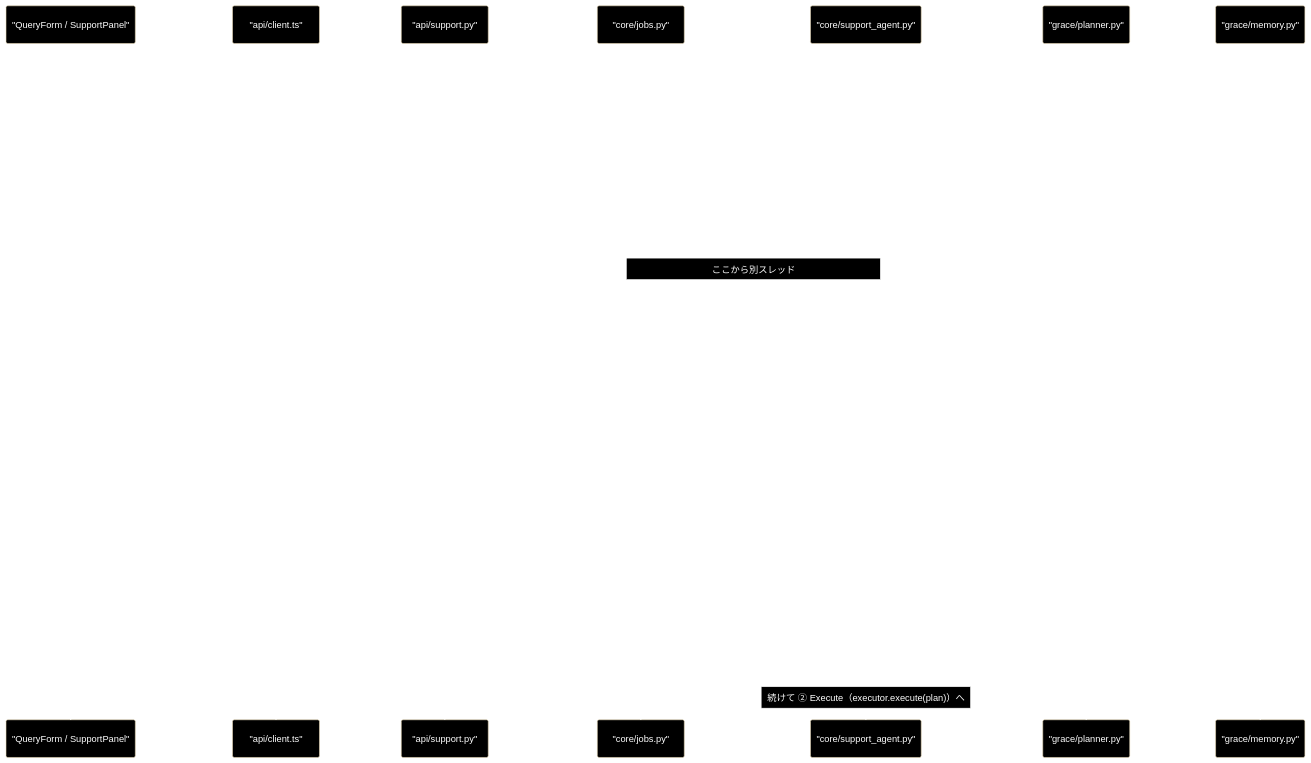
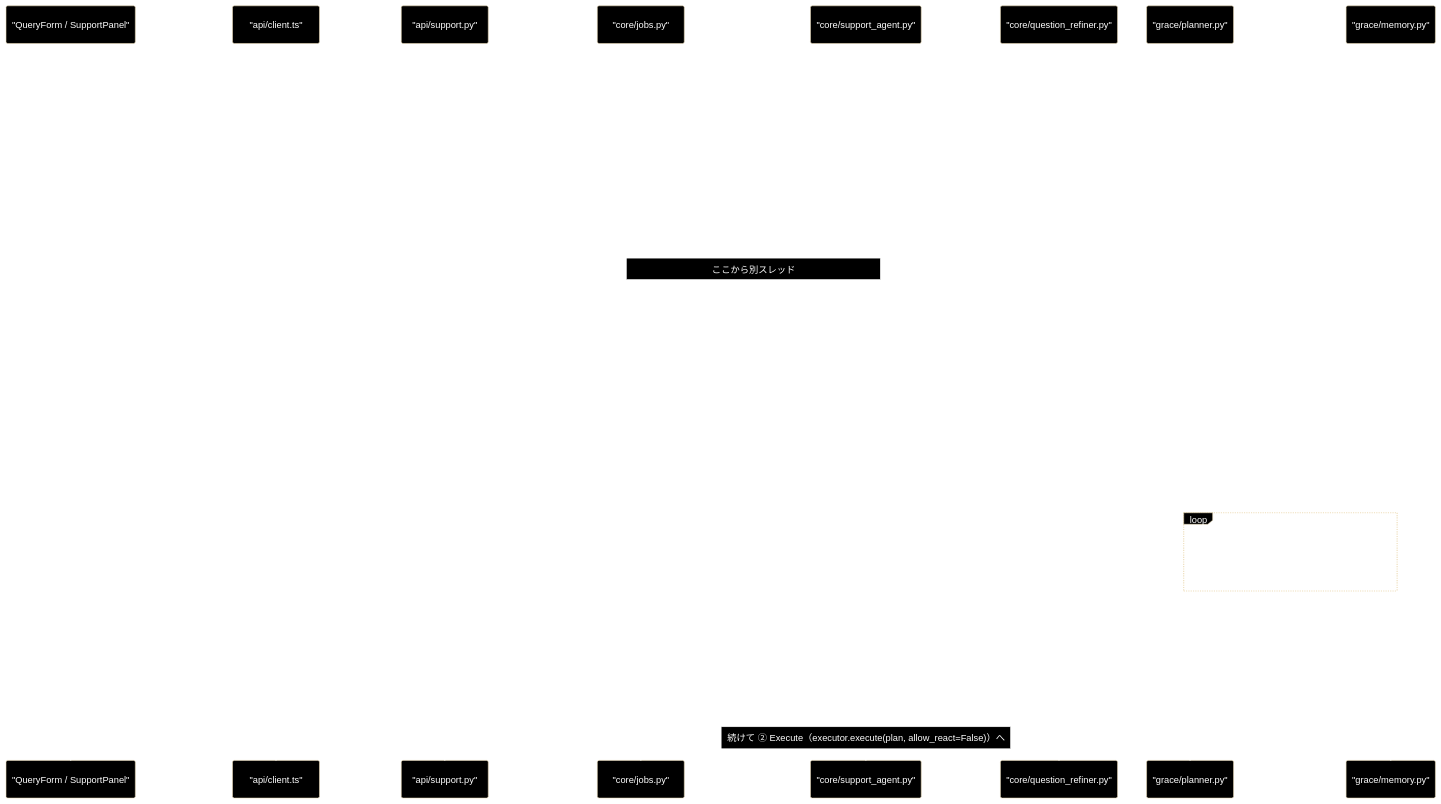
The third of 3 diagrams in tests/docs/start_planner.md (nakashima2toshio/grace_v2), drawn with Mermaid before and after one commit. The commit also changed other lines of this file and 25 other files, not shown here.

````diff
--- a/tests/docs/start_planner.md
+++ b/tests/docs/start_planner.md
@@ -265,41 +271,45 @@
 ```mermaid
 %%{ init: { "theme": "base", "themeVariables": {
   "background": "#000000", "mainBkg": "#000000",
   "textColor": "#ffffff", "lineColor": "#ffffff",
   "actorBkg": "#000000", "actorTextColor": "#ffffff",
   "actorLineColor": "#ffffff", "noteBkgColor": "#000000",
   "noteTextColor": "#ffffff", "noteBorderColor": "#ffffff" } } }%%
 sequenceDiagram
     participant UI as "QueryForm / SupportPanel"
     participant CL as "api/client.ts"
     participant API as "api/support.py"
     participant JOB as "core/jobs.py"
     participant CORE as "core/support_agent.py"
+    participant QR as "core/question_refiner.py"
     participant PL as "grace/planner.py"
     participant ME as "grace/memory.py"
 
     UI->>CL: startQuery(params)
     CL->>API: POST /api/support/query
     API->>JOB: JobManager.start(JobParams)
     JOB-->>API: Job（スレッド起動済み）
     API-->>CL: 202 job_id
     CL-->>UI: job_id
     UI->>CL: subscribeStream(job_id)
     CL->>API: GET /api/support/stream/job_id
     Note over JOB,CORE: ここから別スレッド
     JOB->>CORE: _support_runner → run_support_agent_core
     CORE->>PL: create_planner(config)
     PL->>ME: create_execution_memory(path)
-    CORE->>CORE: 0-(A) 質問分析 / 0-(B) 業界プロファイル適用
+    CORE->>QR: refine_question(query, config, profile)
+    QR-->>CORE: RefineResult（話題 → 観点）
+    CORE->>CORE: 話題の選択 / 0-(B) 業界プロファイル適用
     CORE->>JOB: emit(step plan started)
-    CORE->>PL: create_plan(query)
-    PL->>PL: is_ambiguous_query / estimate_complexity / _should_use_llm_plan
-    PL->>ME: best_collection(query, exclude)
-    ME-->>PL: コレクション名 or None
-    PL-->>CORE: ExecutionPlan（rag_search → reasoning）
+    CORE->>PL: create_plan_for_topic(adopted_topic)
+    loop 観点ごと
+        PL->>ME: best_collection(search_query, exclude)
+        ME-->>PL: コレクション名 or None
+    end
+    PL-->>CORE: ExecutionPlan（観点ごとの rag_search → reasoning）
     CORE->>JOB: emit(step plan finished)
     JOB-->>API: Job.stream_events がイベントを返す
     API-->>CL: data: SupportEvent
     CL-->>UI: dispatch → jobReducer → StepTimeline
-    Note over CORE: 続けて ② Execute（executor.execute(plan)）へ
+    Note over CORE: 続けて ② Execute（executor.execute(plan, allow_react=False)）へ
 ```
````
